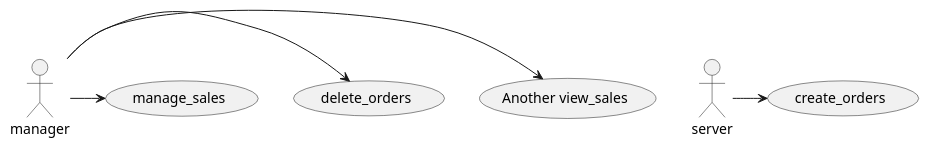
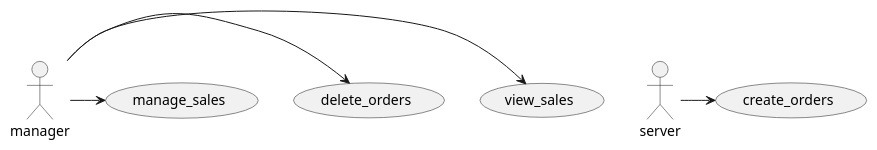
Before and after one commit to asteene/RestaurantPOS: the diagram in diagrams/cases.puml, drawn with PlantUML. The commit also changed 4 other files, not shown here.

Commit message:
added delete_order uml

```diff
--- a/diagrams/cases.puml
+++ b/diagrams/cases.puml
@@ -1,15 +1,15 @@
 @startuml
 
 usecase create_orders
-(Another view_sales) as (UC2)
+usecase (view_sales) as (UC2)
 usecase delete_orders
 usecase (manage_sales) as UC4
 
 actor server
 actor manager
 
 manager -> UC2
 server -> create_orders
 manager -> delete_orders
 manager -> UC4
 @enduml
```
